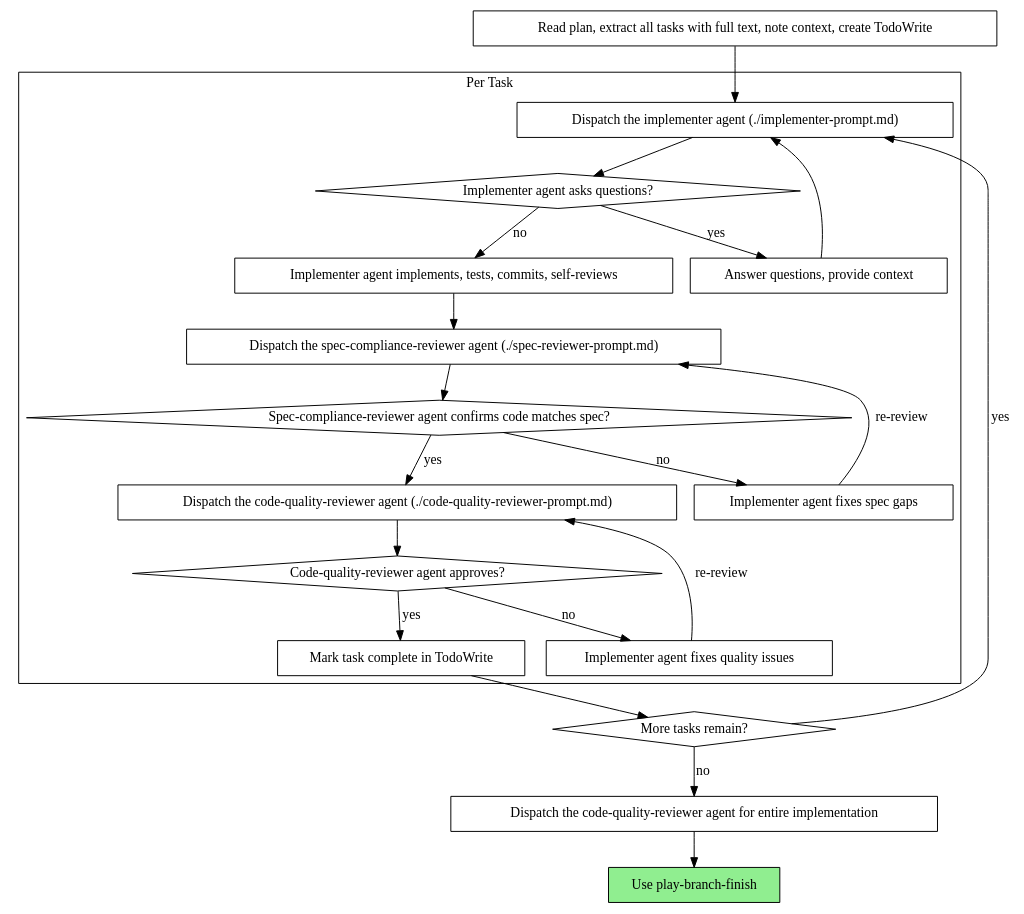
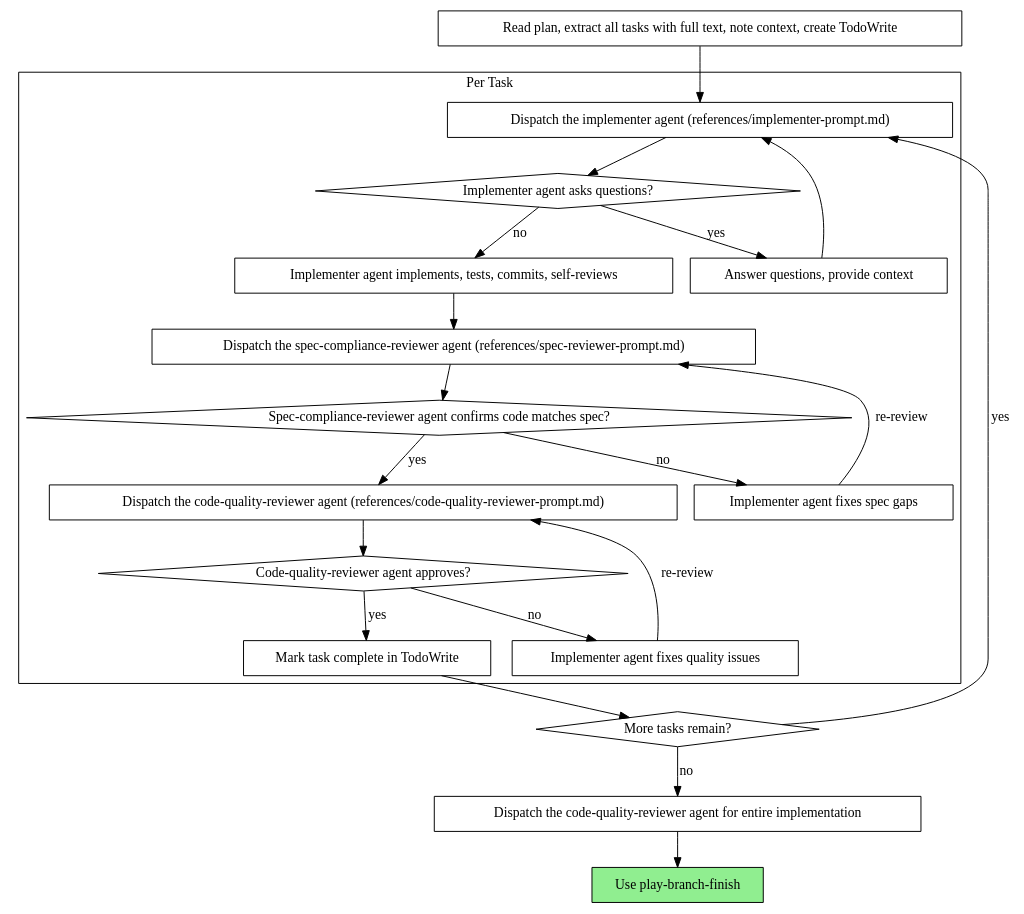
One commit to ryumiel/devcanon changed the second of 2 diagrams in skills/play-subagent-execution/SKILL.md. Above: the diagram before and after it, drawn with Graphviz. The commit also changed other lines of this file and 19 other files, not shown here.

````diff
--- a/skills/play-subagent-execution/SKILL.md
+++ b/skills/play-subagent-execution/SKILL.md
@@ -43,44 +43,44 @@
 ```dot
 digraph process {
     rankdir=TB;
 
     subgraph cluster_per_task {
         label="Per Task";
-        "Dispatch the implementer agent (./implementer-prompt.md)" [shape=box];
+        "Dispatch the implementer agent (references/implementer-prompt.md)" [shape=box];
         "Implementer agent asks questions?" [shape=diamond];
         "Answer questions, provide context" [shape=box];
         "Implementer agent implements, tests, commits, self-reviews" [shape=box];
-        "Dispatch the spec-compliance-reviewer agent (./spec-reviewer-prompt.md)" [shape=box];
+        "Dispatch the spec-compliance-reviewer agent (references/spec-reviewer-prompt.md)" [shape=box];
         "Spec-compliance-reviewer agent confirms code matches spec?" [shape=diamond];
         "Implementer agent fixes spec gaps" [shape=box];
-        "Dispatch the code-quality-reviewer agent (./code-quality-reviewer-prompt.md)" [shape=box];
+        "Dispatch the code-quality-reviewer agent (references/code-quality-reviewer-prompt.md)" [shape=box];
         "Code-quality-reviewer agent approves?" [shape=diamond];
         "Implementer agent fixes quality issues" [shape=box];
         "Mark task complete in TodoWrite" [shape=box];
     }
 
     "Read plan, extract all tasks with full text, note context, create TodoWrite" [shape=box];
     "More tasks remain?" [shape=diamond];
     "Dispatch the code-quality-reviewer agent for entire implementation" [shape=box];
     "Use play-branch-finish" [shape=box style=filled fillcolor=lightgreen];
 
-    "Read plan, extract all tasks with full text, note context, create TodoWrite" -> "Dispatch the implementer agent (./implementer-prompt.md)";
-    "Dispatch the implementer agent (./implementer-prompt.md)" -> "Implementer agent asks questions?";
+    "Read plan, extract all tasks with full text, note context, create TodoWrite" -> "Dispatch the implementer agent (references/implementer-prompt.md)";
+    "Dispatch the implementer agent (references/implementer-prompt.md)" -> "Implementer agent asks questions?";
     "Implementer agent asks questions?" -> "Answer questions, provide context" [label="yes"];
-    "Answer questions, provide context" -> "Dispatch the implementer agent (./implementer-prompt.md)";
+    "Answer questions, provide context" -> "Dispatch the implementer agent (references/implementer-prompt.md)";
     "Implementer agent asks questions?" -> "Implementer agent implements, tests, commits, self-reviews" [label="no"];
-    "Implementer agent implements, tests, commits, self-reviews" -> "Dispatch the spec-compliance-reviewer agent (./spec-reviewer-prompt.md)";
-    "Dispatch the spec-compliance-reviewer agent (./spec-reviewer-prompt.md)" -> "Spec-compliance-reviewer agent confirms code matches spec?";
+    "Implementer agent implements, tests, commits, self-reviews" -> "Dispatch the spec-compliance-reviewer agent (references/spec-reviewer-prompt.md)";
+    "Dispatch the spec-compliance-reviewer agent (references/spec-reviewer-prompt.md)" -> "Spec-compliance-reviewer agent confirms code matches spec?";
     "Spec-compliance-reviewer agent confirms code matches spec?" -> "Implementer agent fixes spec gaps" [label="no"];
-    "Implementer agent fixes spec gaps" -> "Dispatch the spec-compliance-reviewer agent (./spec-reviewer-prompt.md)" [label="re-review"];
-    "Spec-compliance-reviewer agent confirms code matches spec?" -> "Dispatch the code-quality-reviewer agent (./code-quality-reviewer-prompt.md)" [label="yes"];
-    "Dispatch the code-quality-reviewer agent (./code-quality-reviewer-prompt.md)" -> "Code-quality-reviewer agent approves?";
+    "Implementer agent fixes spec gaps" -> "Dispatch the spec-compliance-reviewer agent (references/spec-reviewer-prompt.md)" [label="re-review"];
+    "Spec-compliance-reviewer agent confirms code matches spec?" -> "Dispatch the code-quality-reviewer agent (references/code-quality-reviewer-prompt.md)" [label="yes"];
+    "Dispatch the code-quality-reviewer agent (references/code-quality-reviewer-prompt.md)" -> "Code-quality-reviewer agent approves?";
     "Code-quality-reviewer agent approves?" -> "Implementer agent fixes quality issues" [label="no"];
-    "Implementer agent fixes quality issues" -> "Dispatch the code-quality-reviewer agent (./code-quality-reviewer-prompt.md)" [label="re-review"];
+    "Implementer agent fixes quality issues" -> "Dispatch the code-quality-reviewer agent (references/code-quality-reviewer-prompt.md)" [label="re-review"];
     "Code-quality-reviewer agent approves?" -> "Mark task complete in TodoWrite" [label="yes"];
     "Mark task complete in TodoWrite" -> "More tasks remain?";
-    "More tasks remain?" -> "Dispatch the implementer agent (./implementer-prompt.md)" [label="yes"];
+    "More tasks remain?" -> "Dispatch the implementer agent (references/implementer-prompt.md)" [label="yes"];
     "More tasks remain?" -> "Dispatch the code-quality-reviewer agent for entire implementation" [label="no"];
     "Dispatch the code-quality-reviewer agent for entire implementation" -> "Use play-branch-finish";
 }
 ```
````
